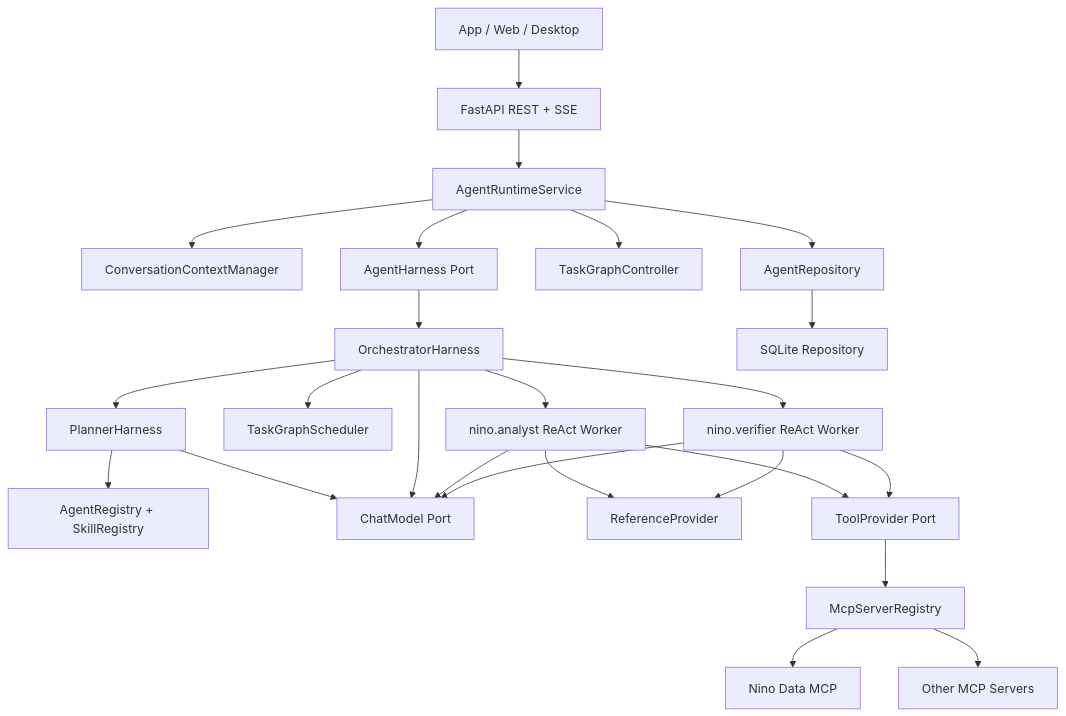
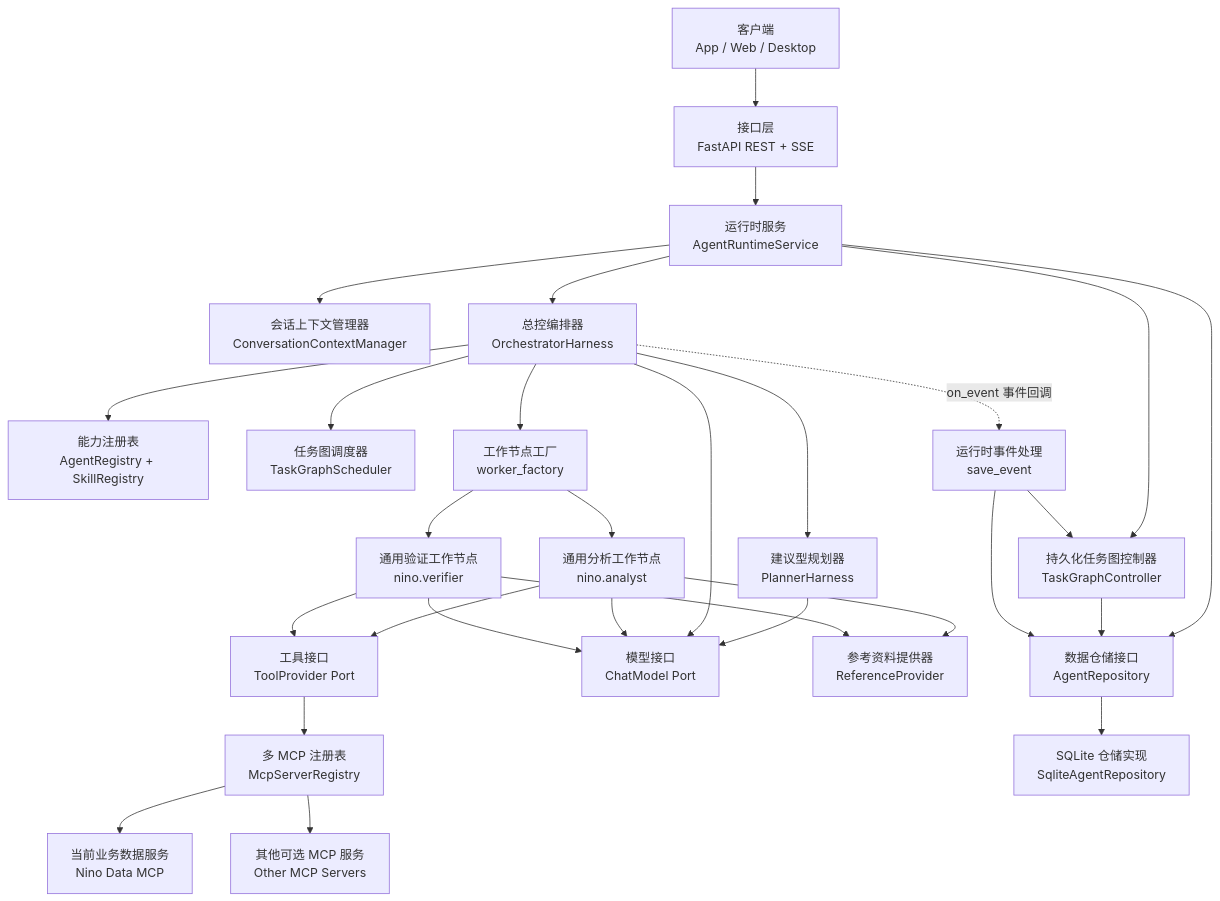
Before and after one commit to KawhiWei/nino-agent: the first of 2 diagrams in doc/task-level-harness-design.md, drawn with Mermaid. The commit also changed other lines of this file and 23 other files, not shown here.

````diff
--- a/doc/task-level-harness-design.md
+++ b/doc/task-level-harness-design.md
@@ -159,29 +158,33 @@
 ```mermaid
 flowchart TB
-    Client["App / Web / Desktop"] --> API["FastAPI REST + SSE"]
-    API --> Runtime["AgentRuntimeService"]
-    Runtime --> Context["ConversationContextManager"]
-    Runtime --> Repo["AgentRepository"]
-    Runtime --> Graph["TaskGraphController"]
-    Runtime --> Harness["AgentHarness Port"]
+    Client["客户端<br/>App / Web / Desktop"] --> API["接口层<br/>FastAPI REST + SSE"]
+    API --> Runtime["运行时服务<br/>AgentRuntimeService"]
+    Runtime --> Context["会话上下文管理器<br/>ConversationContextManager"]
+    Runtime --> Repo["数据仓储接口<br/>AgentRepository"]
+    Runtime --> Graph["持久化任务图控制器<br/>TaskGraphController"]
+    Graph --> Repo
+    Runtime --> Orchestrator["总控编排器<br/>OrchestratorHarness"]
 
-    Harness --> Orchestrator["OrchestratorHarness"]
-    Orchestrator --> Planner["PlannerHarness"]
-    Planner --> Catalog["AgentRegistry + SkillRegistry"]
-    Orchestrator --> Scheduler["TaskGraphScheduler"]
-    Orchestrator --> Analyst["nino.analyst ReAct Worker"]
-    Orchestrator --> Verifier["nino.verifier ReAct Worker"]
-    Planner --> Model["ChatModel Port"]
+    Orchestrator --> Catalog["能力注册表<br/>AgentRegistry + SkillRegistry"]
+    Orchestrator --> Planner["建议型规划器<br/>PlannerHarness"]
+    Orchestrator --> Scheduler["任务图调度器<br/>TaskGraphScheduler"]
+    Orchestrator --> Factory["工作节点工厂<br/>worker_factory"]
+    Factory --> Analyst["通用分析工作节点<br/>nino.analyst"]
+    Factory --> Verifier["通用验证工作节点<br/>nino.verifier"]
+    Planner --> Model["模型接口<br/>ChatModel Port"]
     Orchestrator --> Model
     Analyst --> Model
     Verifier --> Model
-    Analyst --> References["ReferenceProvider"]
+    Analyst --> References["参考资料提供器<br/>ReferenceProvider"]
     Verifier --> References
-    Analyst --> Tools["ToolProvider Port"]
+    Analyst --> Tools["工具接口<br/>ToolProvider Port"]
     Verifier --> Tools
-    Tools --> Registry["McpServerRegistry"]
-    Registry --> MCP1["Nino Data MCP"]
-    Registry --> MCPN["Other MCP Servers"]
+    Tools --> Registry["多 MCP 注册表<br/>McpServerRegistry"]
+    Registry --> MCP1["当前业务数据服务<br/>Nino Data MCP"]
+    Registry --> MCPN["其他可选 MCP 服务<br/>Other MCP Servers"]
 
-    Repo --> SQLite["SQLite Repository"]
+    Orchestrator -. "on_event 事件回调" .-> EventSink["运行时事件处理<br/>save_event"]
+    EventSink --> Repo
+    EventSink --> Graph
+    Repo --> SQLite["SQLite 仓储实现<br/>SqliteAgentRepository"]
 ```
````
